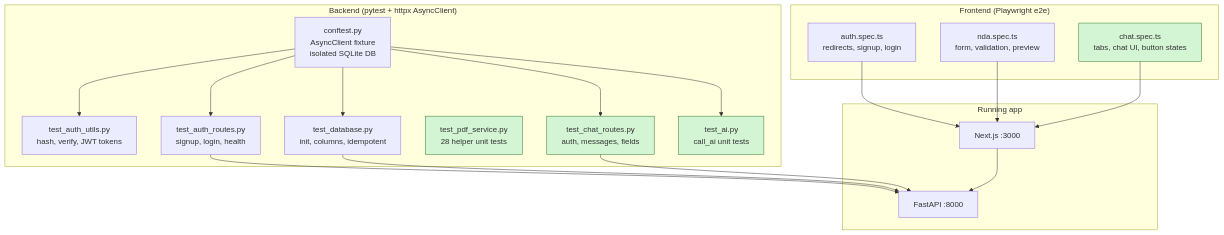
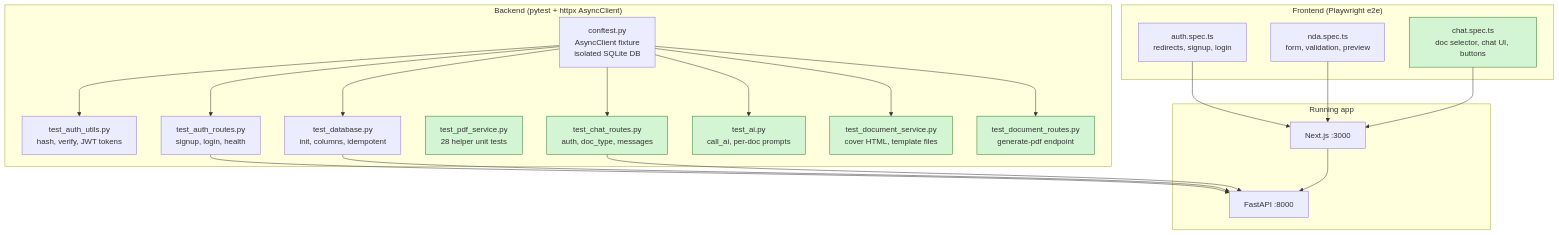
One commit to shaynemeyer/prelegal changed the sixth of 6 diagrams in docs/test-coverage-report.md. Above: the diagram before and after it, drawn with Mermaid. The commit also changed other lines of this file, not shown here.

First line of the commit message:
docs: update README and test coverage report for PL-6

````diff
--- a/docs/test-coverage-report.md
+++ b/docs/test-coverage-report.md
@@ -316,37 +357,41 @@
 ```mermaid
 graph TD
     subgraph Backend ["Backend (pytest + httpx AsyncClient)"]
         C[conftest.py<br/>AsyncClient fixture<br/>isolated SQLite DB]
         T1[test_auth_utils.py<br/>hash, verify, JWT tokens]
         T2[test_auth_routes.py<br/>signup, login, health]
         T3[test_database.py<br/>init, columns, idempotent]
         T4[test_pdf_service.py<br/>28 helper unit tests]
-        T5[test_chat_routes.py<br/>auth, messages, fields]
-        T6[test_ai.py<br/>call_ai unit tests]
-        C --> T1 & T2 & T3 & T5 & T6
+        T5[test_chat_routes.py<br/>auth, doc_type, messages]
+        T6[test_ai.py<br/>call_ai, per-doc prompts]
+        T7[test_document_service.py<br/>cover HTML, template files]
+        T8[test_document_routes.py<br/>generate-pdf endpoint]
+        C --> T1 & T2 & T3 & T5 & T6 & T7 & T8
     end
 
     subgraph Frontend ["Frontend (Playwright e2e)"]
         P1[auth.spec.ts<br/>redirects, signup, login]
         P2[nda.spec.ts<br/>form, validation, preview]
-        P3[chat.spec.ts<br/>tabs, chat UI, button states]
+        P3[chat.spec.ts<br/>doc selector, chat UI, buttons]
     end
 
     subgraph App ["Running app"]
         BE[FastAPI :8000]
         FE[Next.js :3000]
     end
 
     T2 --> BE
     T3 --> BE
     T5 --> BE
     P1 --> FE
     P2 --> FE
     P3 --> FE
     FE --> BE
 
     style T4 fill:#d4f5d4,stroke:#2a7a2a
     style T5 fill:#d4f5d4,stroke:#2a7a2a
     style T6 fill:#d4f5d4,stroke:#2a7a2a
+    style T7 fill:#d4f5d4,stroke:#2a7a2a
+    style T8 fill:#d4f5d4,stroke:#2a7a2a
     style P3 fill:#d4f5d4,stroke:#2a7a2a
 ```
````
